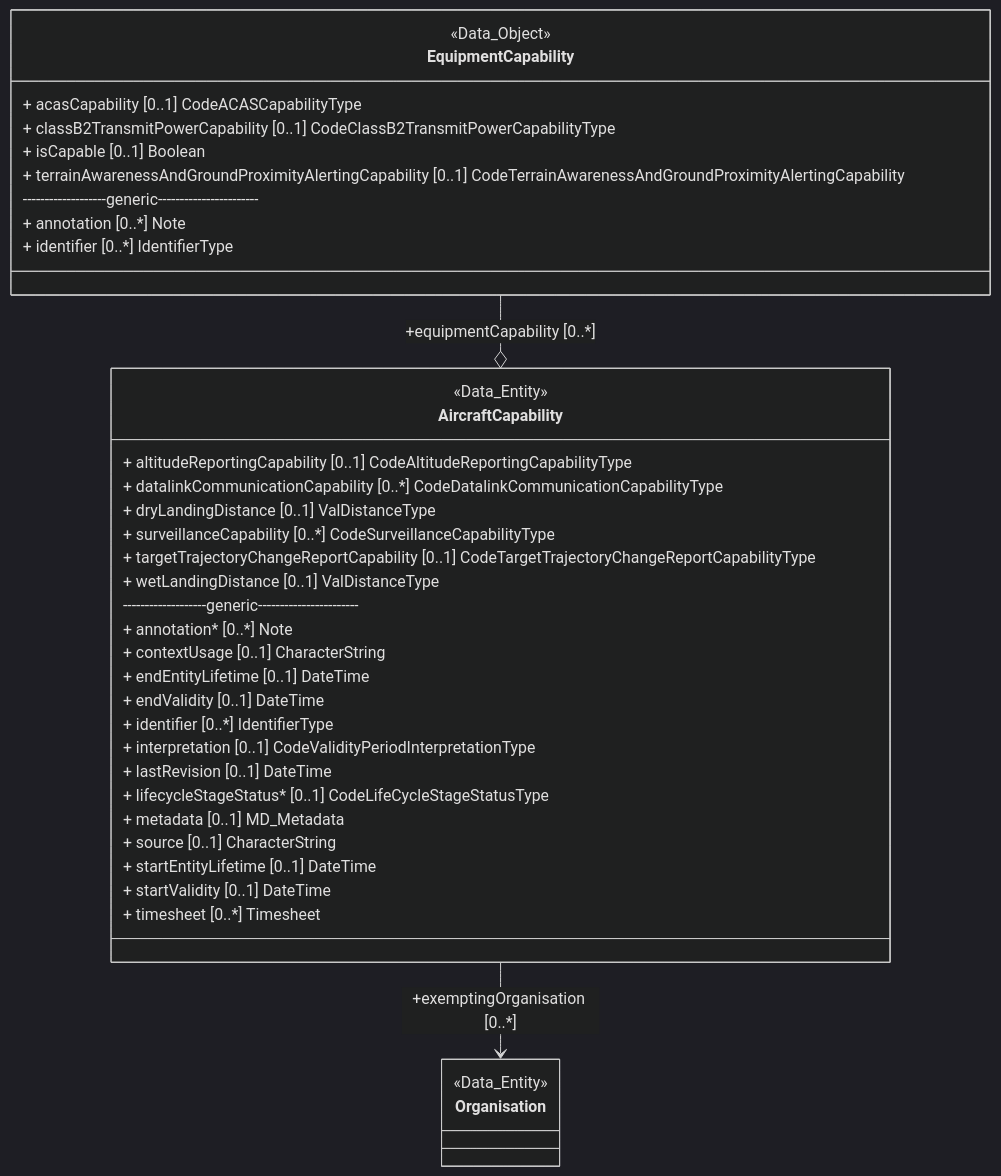
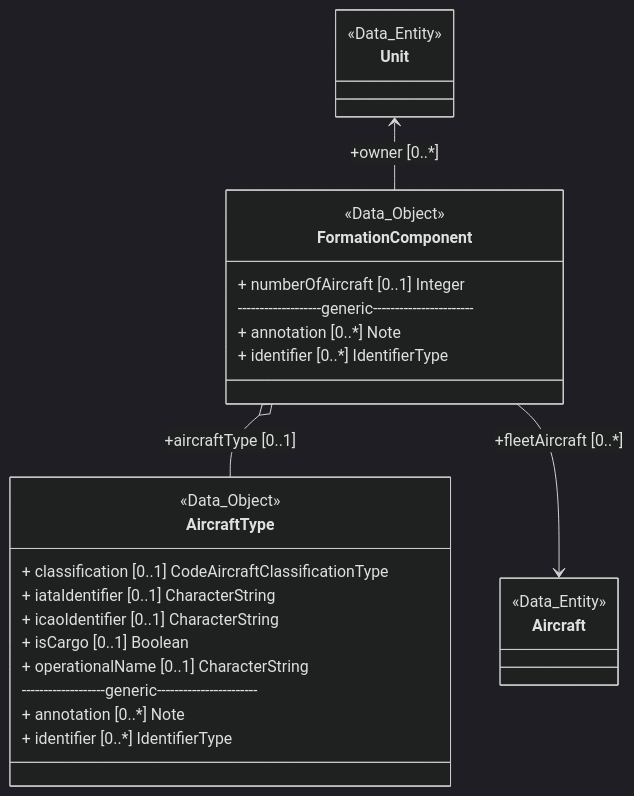
Before and after one commit to hlepori/testAIRM: the sixth of 55 diagrams in README.md, drawn with Mermaid (dark theme). The commit also changed other lines of this file, not shown here.

````diff
--- a/README.md
+++ b/README.md
@@ -201,41 +291,30 @@
 ```mermaid	
 classDiagram	
-class AircraftCapability	
-<<Data_Entity>> AircraftCapability	
-link AircraftCapability "https://airm.aero/developers/advanced-search/1.0.0/AircraftCapability?model=LogicalModel" "Go to definition"	
-AircraftCapability : + altitudeReportingCapability [0..1] CodeAltitudeReportingCapabilityType	
-AircraftCapability : + datalinkCommunicationCapability [0..*] CodeDatalinkCommunicationCapabilityType	
-AircraftCapability : + dryLandingDistance [0..1] ValDistanceType	
-class EquipmentCapability	
-<<Data_Object>> EquipmentCapability	
-link EquipmentCapability "https://airm.aero/developers/advanced-search/1.0.0/EquipmentCapability?model=LogicalModel" "Go to definition"	
-EquipmentCapability : + acasCapability [0..1] CodeACASCapabilityType	
-EquipmentCapability : + classB2TransmitPowerCapability [0..1] CodeClassB2TransmitPowerCapabilityType	
-EquipmentCapability : + isCapable [0..1] Boolean	
-EquipmentCapability : + terrainAwarenessAndGroundProximityAlertingCapability [0..1] CodeTerrainAwarenessAndGroundProximityAlertingCapability	
-EquipmentCapability: -------------------generic-----------------------	
-EquipmentCapability : + annotation [0..*] Note	
-EquipmentCapability : + identifier [0..*] IdentifierType	
-EquipmentCapability --o AircraftCapability : +equipmentCapability [0..*]	
-class Organisation	
-<<Data_Entity>> Organisation	
-link Organisation "https://airm.aero/developers/advanced-search/1.0.0/Organisation?model=LogicalModel" "Go to definition"	
-AircraftCapability --> Organisation : +exemptingOrganisation [0..*]	
-AircraftCapability : + surveillanceCapability [0..*] CodeSurveillanceCapabilityType	
-AircraftCapability : + targetTrajectoryChangeReportCapability [0..1] CodeTargetTrajectoryChangeReportCapabilityType	
-AircraftCapability : + wetLandingDistance [0..1] ValDistanceType	
-AircraftCapability: -------------------generic-----------------------	
-AircraftCapability : + annotation* [0..*] Note	
-AircraftCapability : + contextUsage [0..1] CharacterString	
-AircraftCapability : + endEntityLifetime [0..1] DateTime	
-AircraftCapability : + endValidity [0..1] DateTime	
-AircraftCapability : + identifier [0..*] IdentifierType	
-AircraftCapability : + interpretation [0..1] CodeValidityPeriodInterpretationType	
-AircraftCapability : + lastRevision [0..1] DateTime	
-AircraftCapability : + lifecycleStageStatus* [0..1] CodeLifeCycleStageStatusType	
-AircraftCapability : + metadata [0..1] MD_Metadata	
-AircraftCapability : + source [0..1] CharacterString	
-AircraftCapability : + startEntityLifetime [0..1] DateTime	
-AircraftCapability : + startValidity [0..1] DateTime	
-AircraftCapability : + timesheet [0..*] Timesheet	
+class FormationComponent	
+<<Data_Object>> FormationComponent	
+link FormationComponent "https://airm.aero/developers/advanced-search/1.0.0/FormationComponent?model=LogicalModel" "Go to definition"	
+class AircraftType	
+<<Data_Object>> AircraftType	
+link AircraftType "https://airm.aero/developers/advanced-search/1.0.0/AircraftType?model=LogicalModel" "Go to definition"	
+AircraftType : + classification [0..1] CodeAircraftClassificationType	
+AircraftType : + iataIdentifier [0..1] CharacterString	
+AircraftType : + icaoIdentifier [0..1] CharacterString	
+AircraftType : + isCargo [0..1] Boolean	
+AircraftType : + operationalName [0..1] CharacterString	
+AircraftType: -------------------generic-----------------------	
+AircraftType : + annotation [0..*] Note	
+AircraftType : + identifier [0..*] IdentifierType	
+FormationComponent o-- AircraftType : +aircraftType [0..1]	
+class Aircraft	
+<<Data_Entity>> Aircraft	
+link Aircraft "https://airm.aero/developers/advanced-search/1.0.0/Aircraft?model=LogicalModel" "Go to definition"	
+FormationComponent --> Aircraft : +fleetAircraft [0..*]	
+FormationComponent : + numberOfAircraft [0..1] Integer	
+class Unit	
+<<Data_Entity>> Unit	
+link Unit "https://airm.aero/developers/advanced-search/1.0.0/Unit?model=LogicalModel" "Go to definition"	
+Unit <-- FormationComponent : +owner [0..*]	
+FormationComponent: -------------------generic-----------------------	
+FormationComponent : + annotation [0..*] Note	
+FormationComponent : + identifier [0..*] IdentifierType	
 ```	
````
